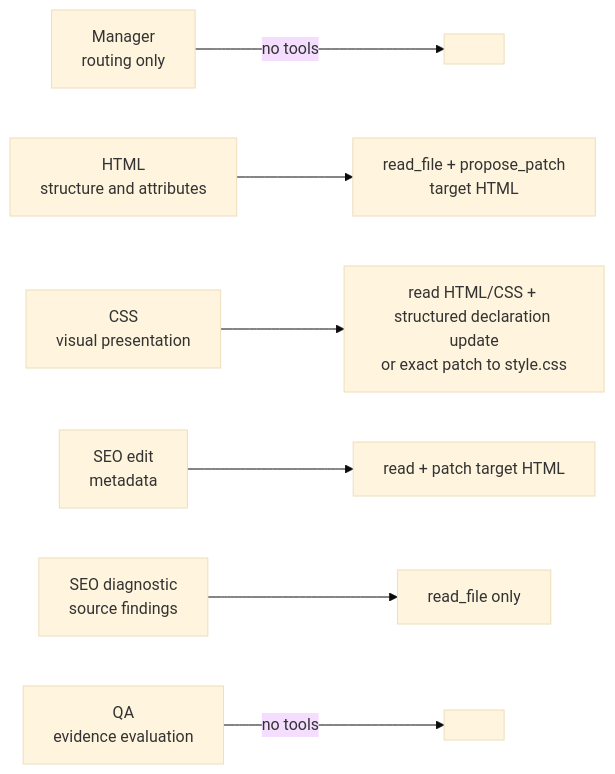
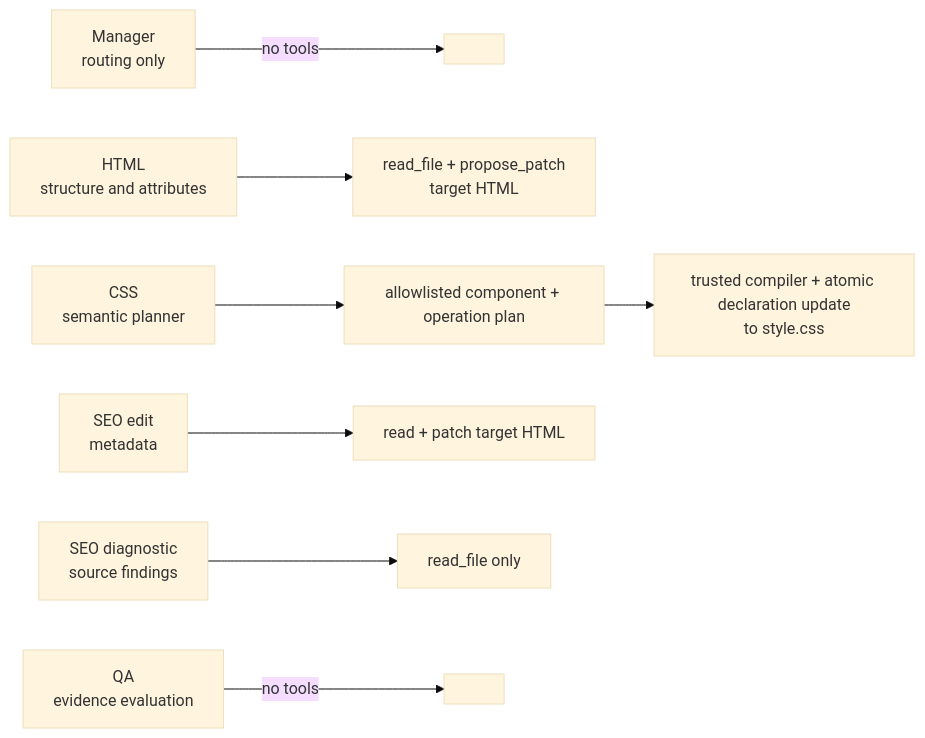
The third of 6 diagrams in agentorchestra/docs/architecture.md (NaimurRahmannn/Multi-Agent-Orchestrator), drawn with Mermaid (base theme) before and after one commit. The commit also changed other lines of this file and 32 other files, not shown here.

Commit message:
feat(css): add semantic style planning and deterministic CSS compilation

````diff
--- a/agentorchestra/docs/architecture.md
+++ b/agentorchestra/docs/architecture.md
@@ -72,9 +74,10 @@
 ```mermaid
 flowchart LR
     M[Manager<br/>routing only] -->|no tools| NONE1[ ]
     H[HTML<br/>structure and attributes] --> RP[read_file + propose_patch<br/>target HTML]
-    C[CSS<br/>visual presentation] --> RC[read HTML/CSS + structured declaration update<br/>or exact patch to style.css]
+    C[CSS<br/>semantic planner] --> CAT[allowlisted component + operation plan]
+    CAT --> RC[trusted compiler + atomic declaration update<br/>to style.css]
     S[SEO edit<br/>metadata] --> RS[read + patch target HTML]
     SD[SEO diagnostic<br/>source findings] --> RO[read_file only]
     Q[QA<br/>evidence evaluation] -->|no tools| NONE2[ ]
 ```
````
